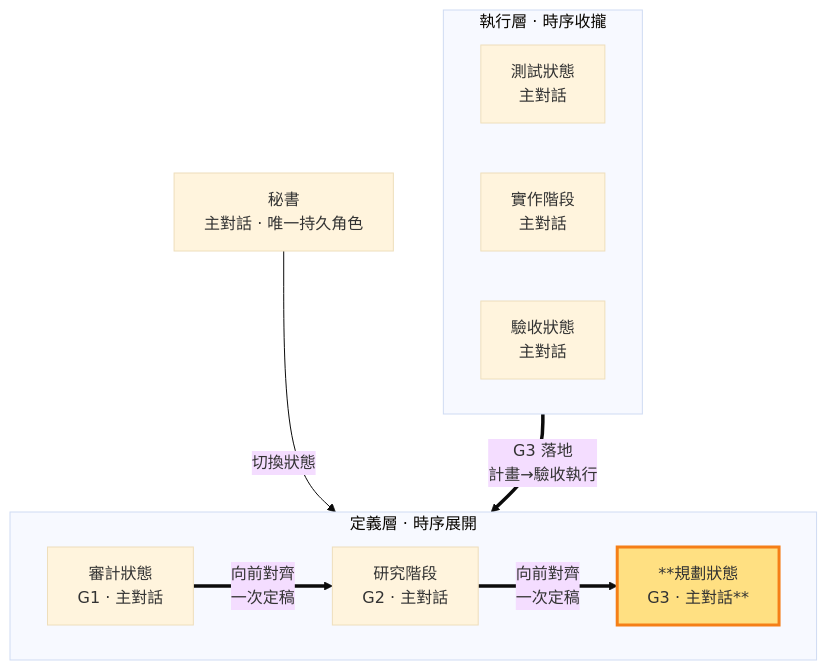
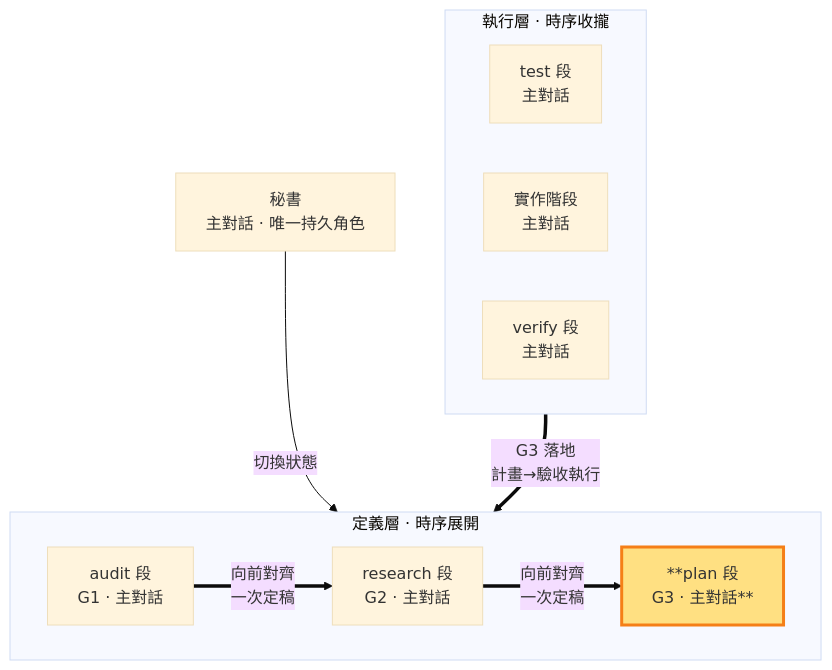
Before and after one commit to teps3105/shiftblame: the diagram in skills/shiftblame/references/PLAN.md, drawn with Mermaid (base theme). The commit also changed other lines of this file and 26 other files, not shown here.

````diff
--- a/skills/shiftblame/references/PLAN.md
+++ b/skills/shiftblame/references/PLAN.md
@@ -16,21 +16,21 @@
 ```mermaid
 flowchart TB
     SEC[秘書<br/>主對話 · 唯一持久角色]
     subgraph Consult["定義層 · 時序展開"]
         direction LR
-        AUD["審計狀態<br/>G1 · 主對話"]
-        RES["研究階段<br/>G2 · 主對話"]
-        PLA["**規劃狀態<br/>G3 · 主對話**"]:::thisrole
+        AUD["audit 段<br/>G1 · 主對話"]
+        RES["research 段<br/>G2 · 主對話"]
+        PLA["**plan 段<br/>G3 · 主對話**"]:::thisrole
     end
     subgraph Build["執行層 · 時序收攏"]
         direction LR
-        TST["測試狀態<br/>主對話"]
+        TST["test 段<br/>主對話"]
         DEV["實作階段<br/>主對話"]
-        ACC["驗收狀態<br/>主對話"]
+        ACC["verify 段<br/>主對話"]
     end
     SEC -- 切換狀態 --> PLA
     ACC == "G3 落地<br/>計畫→驗收執行" ==> PLA
     AUD == "向前對齊<br/>一次定稿" ==> RES
     RES == "向前對齊<br/>一次定稿" ==> PLA
     classDef thisrole fill:#ffe082,stroke:#f57f17,stroke-width:3px;
 ```
````
